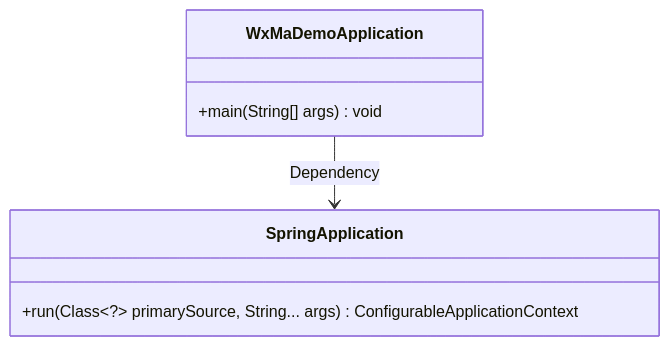
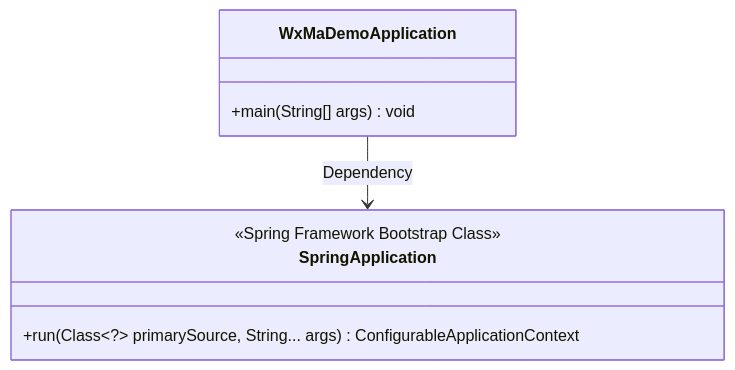
One commit to v-wjrong/binary_weixin-java-miniapp-demo changed the first of 2 diagrams in docs/en/docs/src/main/java/com/github/binarywang/demo/wx/miniapp/WxMaDemoApplication.md. Above: the diagram before and after it, drawn with Mermaid. The commit also changed other lines of this file and 50 other files, not shown here.

````diff
--- a/docs/en/docs/src/main/java/com/github/binarywang/demo/wx/miniapp/WxMaDemoApplication.md
+++ b/docs/en/docs/src/main/java/com/github/binarywang/demo/wx/miniapp/WxMaDemoApplication.md
@@ -36,10 +36,11 @@
 ```mermaid
 classDiagram
     class WxMaDemoApplication {
         +main(String[] args) void
     }
+    WxMaDemoApplication --> SpringApplication : Dependency
     class SpringApplication {
+        <<Spring Framework Bootstrap Class>>
         +run(Class~?~ primarySource, String... args) ConfigurableApplicationContext
     }
-    WxMaDemoApplication --> SpringApplication : Dependency
 ```
````
